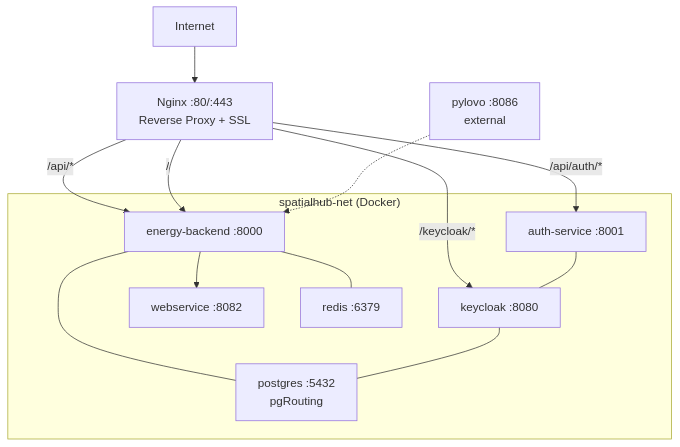
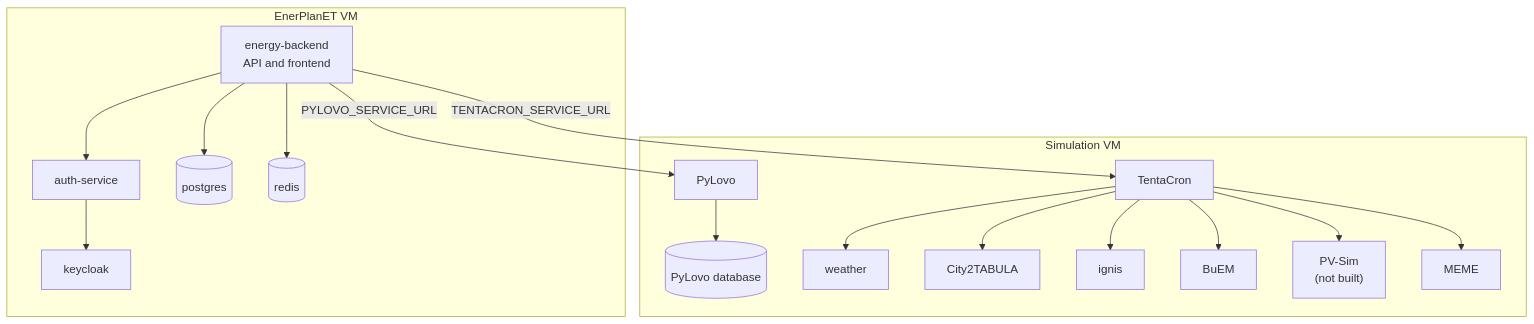
One commit to enerplanet/enerplanet changed the diagram in docs/enerplanet/deployment.md. Above: the diagram before and after it, drawn with Mermaid. The commit also changed other lines of this file and 2 other files, not shown here.

````diff
--- a/docs/enerplanet/deployment.md
+++ b/docs/enerplanet/deployment.md
@@ -7,24 +22,34 @@
 ```mermaid
-graph TD
-    Internet --> NX["Nginx :80/:443\nReverse Proxy + SSL"]
-    NX --> |"/api/*"| BE["energy-backend :8000"]
-    NX --> |"/keycloak/*"| KC["keycloak :8080"]
-    NX --> |"/api/auth/*"| AS["auth-service :8001"]
-    NX --> |"/"| BE
-
-    subgraph "spatialhub-net (Docker)"
-        BE
-        KC
-        AS
-        WS["webservice :8082"]
-        PG["postgres :5432\npgRouting"]
-        RD["redis :6379"]
+flowchart TD
+    subgraph APP["EnerPlanET VM"]
+        FE["energy-backend<br>API and frontend"]
+        AS["auth-service"]
+        KC["keycloak"]
+        PG[("postgres")]
+        RD[("redis")]
     end
-
-    BE --- PG
-    BE --- RD
-    BE --> WS
-    KC --- PG
-    AS --- KC
-    PL["pylovo :8086\nexternal"] -.-> BE
+    subgraph SIM["Simulation VM"]
+        TC["TentaCron"]
+        PL["PyLovo"]
+        PLDB[("PyLovo database")]
+        WX["weather"]
+        C2T["City2TABULA"]
+        IG["ignis"]
+        BU["BuEM"]
+        PV["PV-Sim<br>(not built)"]
+        ME["MEME"]
+    end
+    FE --> AS
+    AS --> KC
+    FE --> PG
+    FE --> RD
+    FE -->|TENTACRON_SERVICE_URL| TC
+    FE -->|PYLOVO_SERVICE_URL| PL
+    PL --> PLDB
+    TC --> WX
+    TC --> C2T
+    TC --> IG
+    TC --> BU
+    TC --> PV
+    TC --> ME
 ```
````
